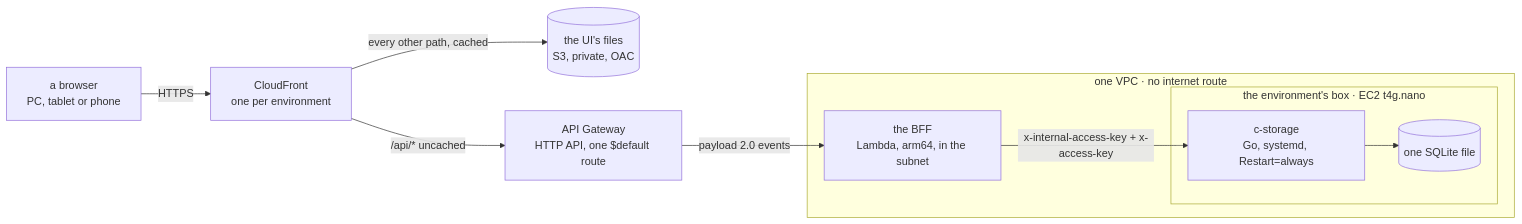
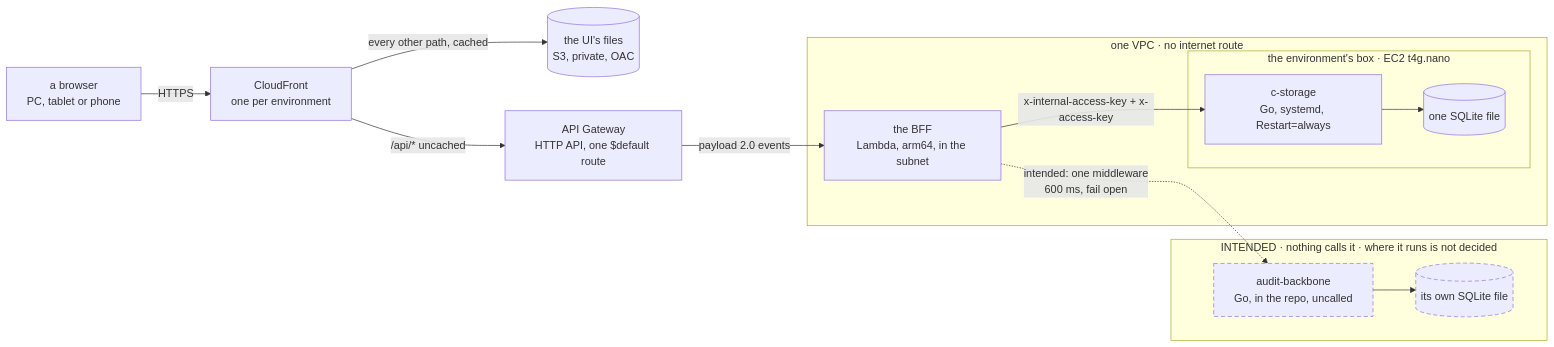
The first of 2 diagrams in docs/architecture.md (ancJ29/credo), drawn with Mermaid before and after one commit. The commit also changed other lines of this file, not shown here.

````diff
--- a/docs/architecture.md
+++ b/docs/architecture.md
@@ -20,20 +29,28 @@
 ```mermaid
 flowchart LR
   browser["a browser<br/>PC, tablet or phone"]
   cdn["CloudFront<br/>one per environment"]
   s3[("the UI's files<br/>S3, private, OAC")]
   api["API Gateway<br/>HTTP API, one $default route"]
   subgraph vpc["one VPC · no internet route"]
     bff["the BFF<br/>Lambda, arm64, in the subnet"]
     subgraph box["the environment's box · EC2 t4g.nano"]
       cs["c-storage<br/>Go, systemd, Restart=always"]
       db[("one SQLite file")]
     end
   end
   browser -- "HTTPS" --> cdn
   cdn -- "every other path, cached" --> s3
   cdn -- "/api/* uncached" --> api
   api -- "payload 2.0 events" --> bff
   bff -- "x-internal-access-key + x-access-key" --> cs
   cs --> db
+  subgraph soon["INTENDED · nothing calls it · where it runs is not decided"]
+    ab["audit-backbone<br/>Go, in the repo, uncalled"]
+    adb[("its own SQLite file")]
+  end
+  bff -. "intended: one middleware<br/>600 ms, fail open" .-> ab
+  ab --> adb
+  classDef intended stroke-dasharray: 6 4
+  class ab,adb intended
 ```
````
